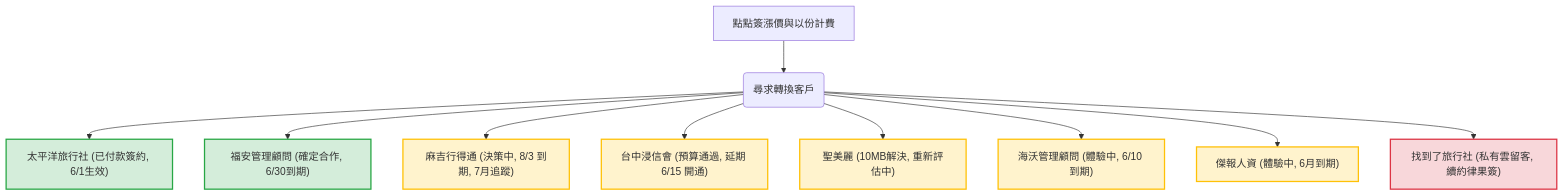
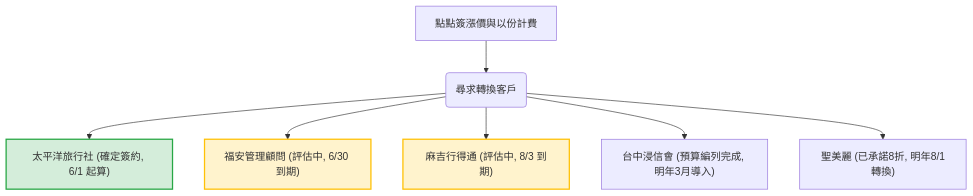
One commit to alexchengjjy-stack/WikiLLM changed the diagram in wiki/analyses/esign/esign-dottedsign-price-hike-churn-analysis.md. Above: the diagram before and after it, drawn with Mermaid. The commit also changed other lines of this file and 71 other files, not shown here.

````diff
--- a/wiki/analyses/esign/esign-dottedsign-price-hike-churn-analysis.md
+++ b/wiki/analyses/esign/esign-dottedsign-price-hike-churn-analysis.md
@@ -69,21 +67,13 @@
 ```mermaid
 graph TD
     A["點點簽漲價與以份計費"] --> B("尋求轉換客戶")
-    B --> C["太平洋旅行社 (已付款簽約, 6/1生效)"]
-    B --> D["福安管理顧問 (確定合作, 6/30到期)"]
-    B --> E["麻吉行得通 (決策中, 8/3 到期, 7月追蹤)"]
-    B --> F["台中浸信會 (預算通過, 延期 6/15 開通)"]
-    B --> G["聖美麗 (10MB解決, 重新評估中)"]
-    B --> H["海沃管理顧問 (體驗中, 6/10 到期)"]
-    B --> I["傑報人資 (體驗中, 6月到期)"]
-    B --> J["找到了旅行社 (私有雲留客, 續約律果簽)"]
+    B --> C["太平洋旅行社 (確定簽約, 6/1 起算)"]
+    B --> D["福安管理顧問 (評估中, 6/30 到期)"]
+    B --> E["麻吉行得通 (評估中, 8/3 到期)"]
+    B --> F["台中浸信會 (預算編列完成, 明年3月導入)"]
+    B --> G["聖美麗 (已承諾8折, 明年8/1轉換)"]
     
     style C fill:#d4edda,stroke:#28a745,stroke-width:2px
-    style D fill:#d4edda,stroke:#28a745,stroke-width:2px
+    style D fill:#fff3cd,stroke:#ffc107,stroke-width:2px
     style E fill:#fff3cd,stroke:#ffc107,stroke-width:2px
-    style F fill:#fff3cd,stroke:#ffc107,stroke-width:2px
-    style G fill:#fff3cd,stroke:#ffc107,stroke-width:2px
-    style H fill:#fff3cd,stroke:#ffc107,stroke-width:2px
-    style I fill:#fff3cd,stroke:#ffc107,stroke-width:2px
-    style J fill:#f8d7da,stroke:#dc3545,stroke-width:2px
 ```
````
